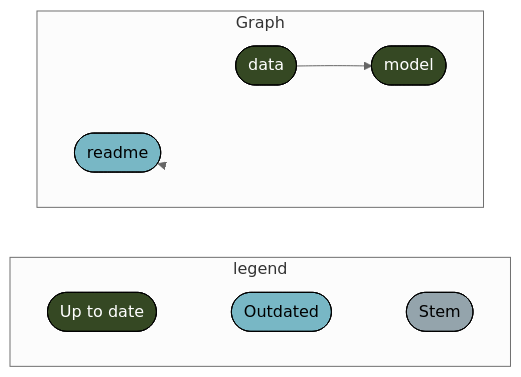
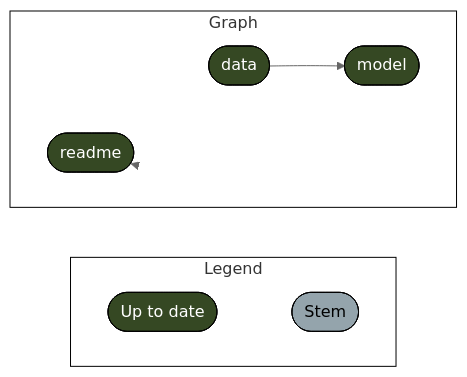
The diagram in README.md (cct-datascience/targets-uahpc), drawn with Mermaid (neutral theme) before and after one commit. The commit also changed other lines of this file, not shown here.

````diff
--- a/README.md
+++ b/README.md
@@ -52,19 +53,18 @@
 ``` mermaid
 graph LR
-  subgraph legend
+  style Legend fill:#FFFFFF00,stroke:#000000;
+  style Graph fill:#FFFFFF00,stroke:#000000;
+  subgraph Legend
     direction LR
-    x7420bd9270f8d27d([""Up to date""]):::uptodate --- x0a52b03877696646([""Outdated""]):::outdated
-    x0a52b03877696646([""Outdated""]):::outdated --- xbf4603d6c2c2ad6b([""Stem""]):::none
+    x7420bd9270f8d27d([""Up to date""]):::uptodate --- xbf4603d6c2c2ad6b([""Stem""]):::none
   end
   subgraph Graph
     direction LR
     xb7119b48552d1da3(["data"]):::uptodate --> xe1eeca7af8e0b529(["model"]):::uptodate
-    x6e52cb0f1668cc22(["readme"]):::outdated --> x6e52cb0f1668cc22(["readme"]):::outdated
+    x6e52cb0f1668cc22(["readme"]):::uptodate --> x6e52cb0f1668cc22(["readme"]):::uptodate
   end
   classDef uptodate stroke:#000000,color:#ffffff,fill:#354823;
-  classDef outdated stroke:#000000,color:#000000,fill:#78B7C5;
   classDef none stroke:#000000,color:#000000,fill:#94a4ac;
   linkStyle 0 stroke-width:0px;
-  linkStyle 1 stroke-width:0px;
-  linkStyle 3 stroke-width:0px;
+  linkStyle 2 stroke-width:0px;
 ```
````
